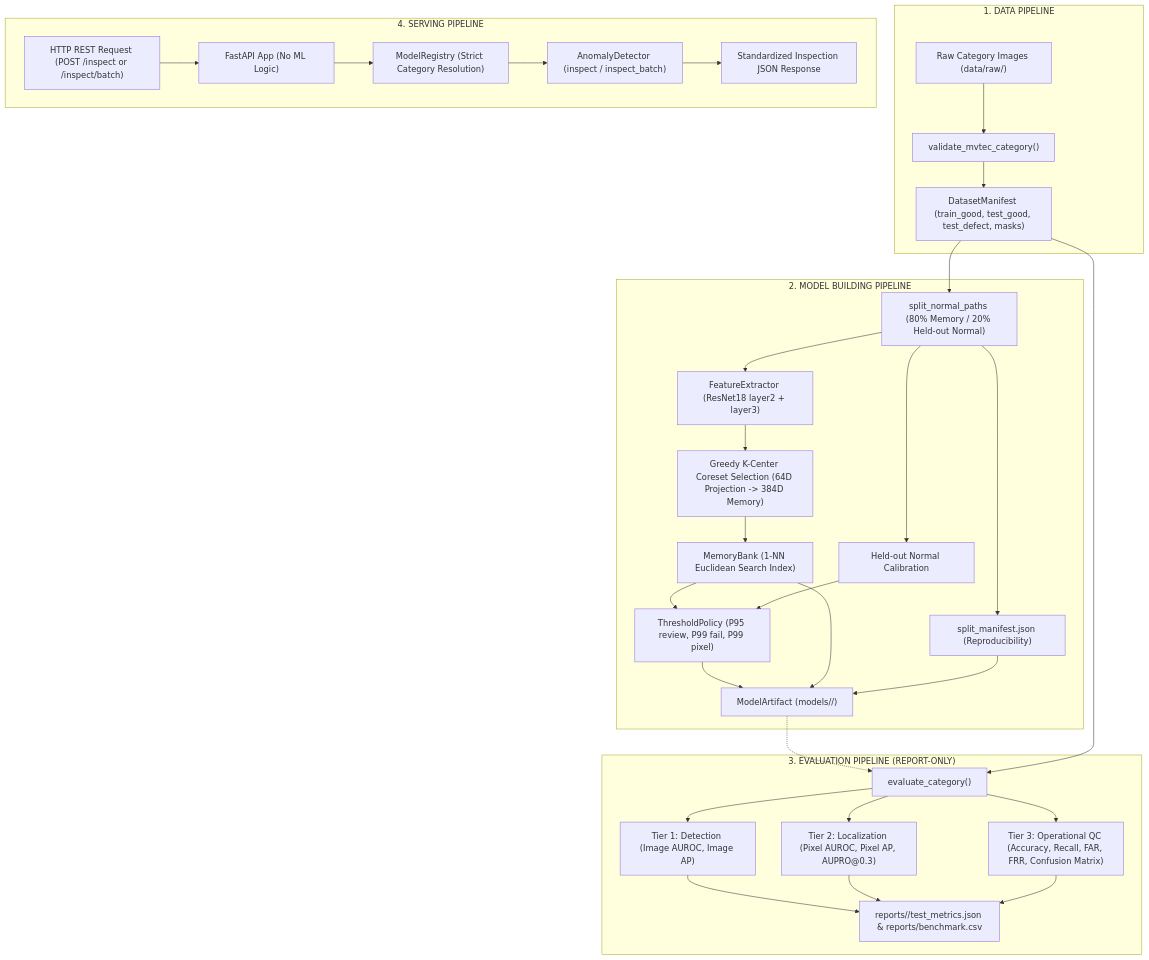
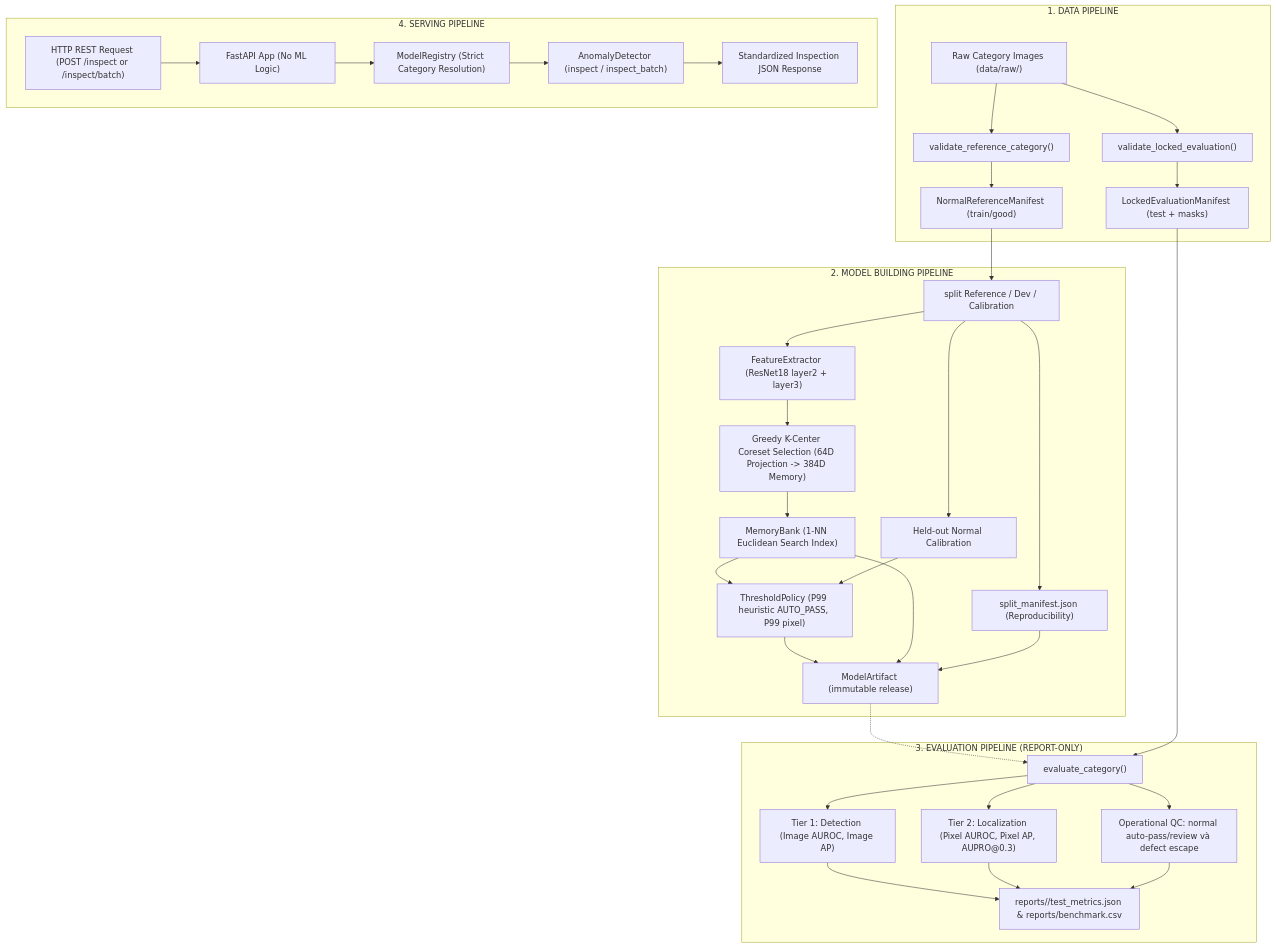
The diagram in docs/ARCHITECTURE.md (haminhthong/MVTec-Anomaly-Detection), drawn with Mermaid before and after one commit. The commit also changed other lines of this file and 41 other files, not shown here.

````diff
--- a/docs/ARCHITECTURE.md
+++ b/docs/ARCHITECTURE.md
@@ -21,34 +21,36 @@
 ```mermaid
 flowchart TD
     subgraph DataPipeline["1. DATA PIPELINE"]
-        R1["Raw Category Images (data/raw/<category>)"] --> V1["validate_mvtec_category()"]
-        V1 --> DM["DatasetManifest (train_good, test_good, test_defect, masks)"]
+        R1["Raw Category Images (data/raw/<category>)"] --> V1["validate_reference_category()"]
+        V1 --> DM["NormalReferenceManifest (train/good)"]
+        R1 --> V2["validate_locked_evaluation()"]
+        V2 --> LOCK["LockedEvaluationManifest (test + masks)"]
     end
 
     subgraph ModelBuilding["2. MODEL BUILDING PIPELINE"]
-        DM --> S1["split_normal_paths (80% Memory / 20% Held-out Normal)"]
+        DM --> S1["split Reference / Dev / Calibration"]
         S1 --> SM["split_manifest.json (Reproducibility)"]
         S1 --> FE["FeatureExtractor (ResNet18 layer2 + layer3)"]
         FE --> CS["Greedy K-Center Coreset Selection (64D Projection -> 384D Memory)"]
         CS --> MB["MemoryBank (1-NN Euclidean Search Index)"]
         S1 --> CAL["Held-out Normal Calibration"]
-        MB & CAL --> TP["ThresholdPolicy (P95 review, P99 fail, P99 pixel)"]
-        TP & MB & SM --> ART["ModelArtifact (models/<category>/)"]
+        MB & CAL --> TP["ThresholdPolicy (P99 heuristic AUTO_PASS, P99 pixel)"]
+        TP & MB & SM --> ART["ModelArtifact (immutable release)"]
     end
 
     subgraph EvaluationPipeline["3. EVALUATION PIPELINE (REPORT-ONLY)"]
         ART -.-> EV["evaluate_category()"]
-        DM --> EV
+        LOCK --> EV
         EV --> T1["Tier 1: Detection (Image AUROC, Image AP)"]
         EV --> T2["Tier 2: Localization (Pixel AUROC, Pixel AP, AUPRO@0.3)"]
-        EV --> T3["Tier 3: Operational QC (Accuracy, Recall, FAR, FRR, Confusion Matrix)"]
+        EV --> T3["Operational QC: normal auto-pass/review và defect escape"]
         T1 & T2 & T3 --> REP["reports/<category>/test_metrics.json & reports/benchmark.csv"]
     end
 
     subgraph ServingPipeline["4. SERVING PIPELINE"]
         HTTP["HTTP REST Request (POST /inspect or /inspect/batch)"] --> APP["FastAPI App (No ML Logic)"]
         APP --> REG["ModelRegistry (Strict Category Resolution)"]
         REG --> DET["AnomalyDetector (inspect / inspect_batch)"]
         DET --> RES["Standardized Inspection JSON Response"]
     end
 ```
````
